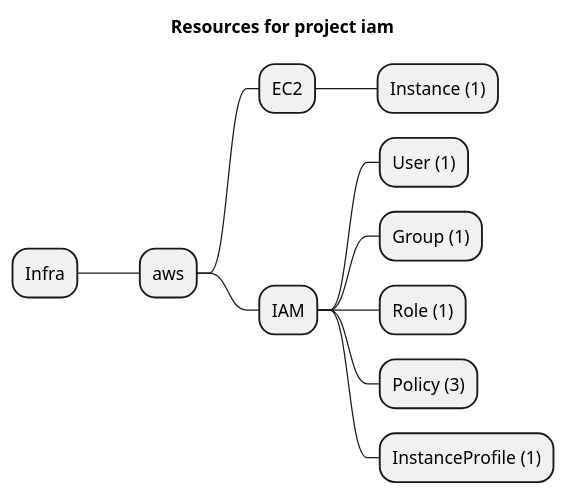
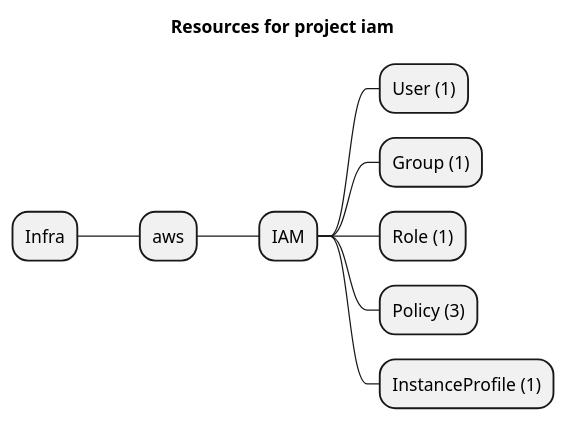
One commit to grucloud/grucloud changed the diagram in examples/aws/IAM/iam/artifacts/resources-mindmap.puml. Above: the diagram before and after it, drawn with PlantUML. The commit also changed 52 other files, not shown here.

```diff
--- a/examples/aws/IAM/iam/artifacts/resources-mindmap.puml
+++ b/examples/aws/IAM/iam/artifacts/resources-mindmap.puml
@@ -1,14 +1,12 @@
 @startmindmap
 title Resources for project iam
 skinparam monochrome true
 + Infra
 ++ aws
-+++ EC2
-++++ Instance (1)
 +++ IAM
 ++++ User (1)
 ++++ Group (1)
 ++++ Role (1)
 ++++ Policy (3)
 ++++ InstanceProfile (1)
 @endmindmap
```
